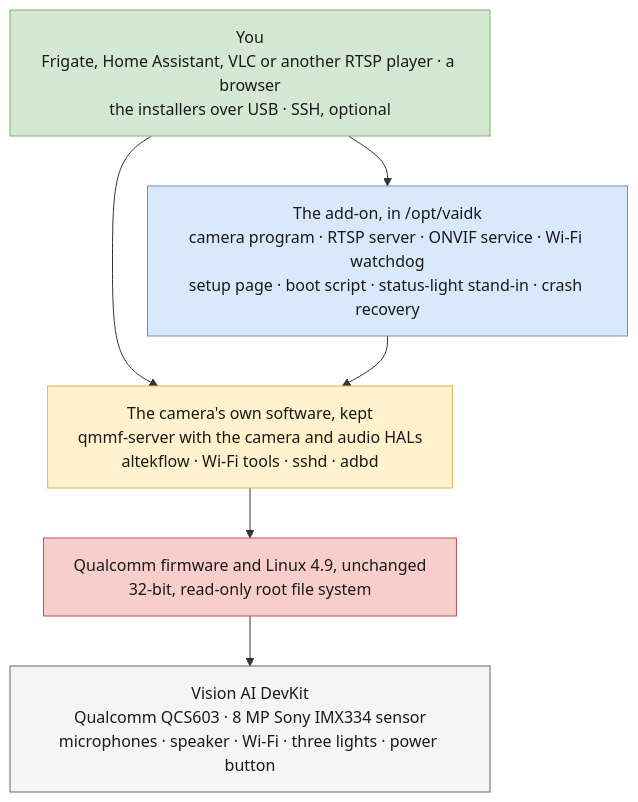
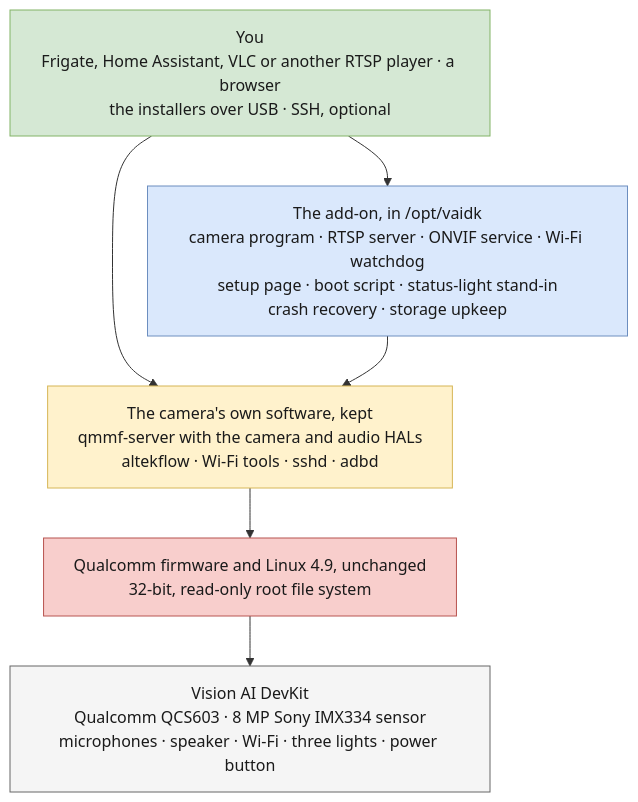
One commit to howardginsburg/VisionAIDevKitRTSP changed the first of 9 diagrams in ARCHITECTURE.md. Above: the diagram before and after it, drawn with Mermaid. The commit also changed other lines of this file and 11 other files, not shown here.

First line of the commit message:
Show the camera's health on the setup page, and spare its flash

````diff
--- a/ARCHITECTURE.md
+++ b/ARCHITECTURE.md
@@ -25,24 +25,24 @@
 ```mermaid
 %%{init: {"flowchart": {"wrappingWidth": 420}}}%%
 flowchart TB
     you["You<br/>Frigate, Home Assistant, VLC or another RTSP player · a browser<br/>the installers over USB · SSH, optional"]
-    addon["The add-on, in /opt/vaidk<br/>camera program · RTSP server · ONVIF service · Wi-Fi watchdog<br/>setup page · boot script · status-light stand-in · crash recovery"]
+    addon["The add-on, in /opt/vaidk<br/>camera program · RTSP server · ONVIF service · Wi-Fi watchdog<br/>setup page · boot script · status-light stand-in<br/>crash recovery · storage upkeep"]
     vendor["The camera's own software, kept<br/>qmmf-server with the camera and audio HALs<br/>altekflow · Wi-Fi tools · sshd · adbd"]
     fw["Qualcomm firmware and Linux 4.9, unchanged<br/>32-bit, read-only root file system"]
     hw["Vision AI DevKit<br/>Qualcomm QCS603 · 8 MP Sony IMX334 sensor<br/>microphones · speaker · Wi-Fi · three lights · power button"]
     you --> addon
     you --> vendor
     addon --> vendor
     vendor --> fw
     fw --> hw
     classDef use fill:#d5e8d4,stroke:#82b366,color:#1a1a1a
     classDef mod fill:#dae8fc,stroke:#6c8ebf,color:#1a1a1a
     classDef os fill:#fff2cc,stroke:#d6b656,color:#1a1a1a
     classDef locked fill:#f8cecc,stroke:#b85450,color:#1a1a1a
     classDef hard fill:#f5f5f5,stroke:#666666,color:#1a1a1a
     class you use
     class addon mod
     class vendor os
     class fw locked
     class hw hard
 ```
````
